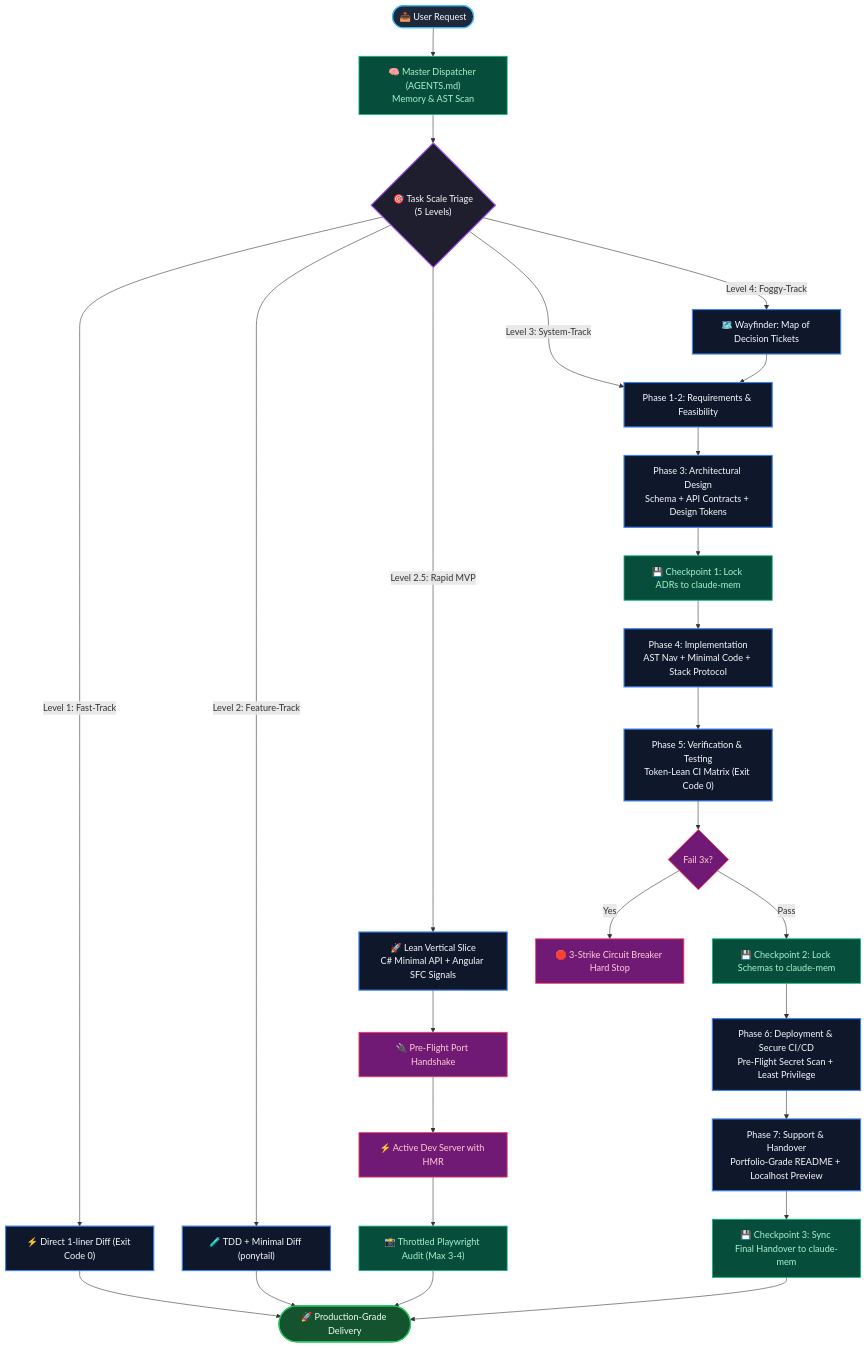
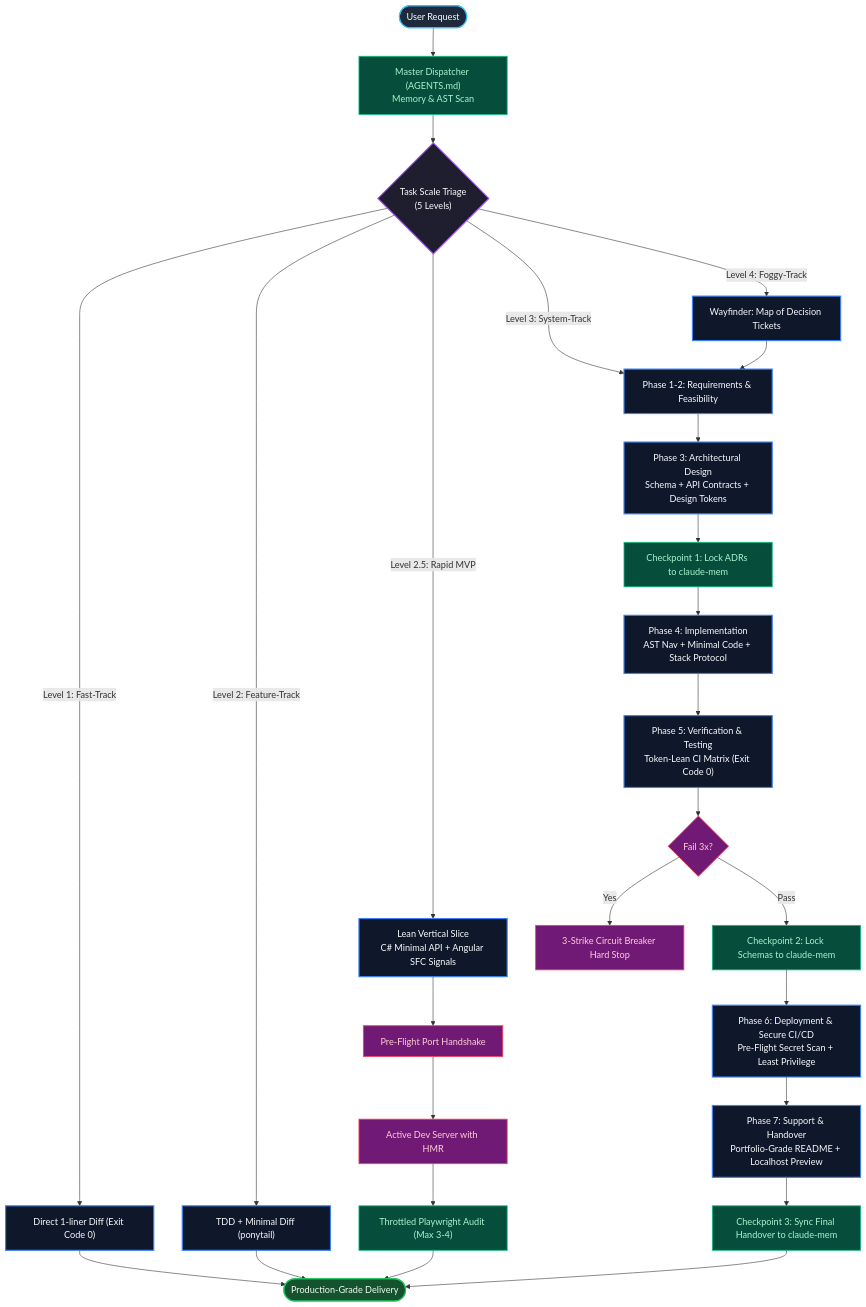
The diagram in README.md (ZillerDX/waterfall-sdlc-skill), drawn with Mermaid before and after one commit. The commit also changed 1 other file, not shown here.

Commit message:
chore(readme): enforce zero-emoji standard in architecture and flow diagrams

````diff
--- a/README.md
+++ b/README.md
@@ -95,41 +95,41 @@
 ```mermaid
 flowchart TD
     %% Styling
     classDef startNode fill:#1e293b,stroke:#38bdf8,stroke-width:2px,color:#f8fafc;
     classDef triageNode fill:#1e1e2e,stroke:#a855f7,stroke-width:2px,color:#f8fafc;
     classDef gateNode fill:#0f172a,stroke:#3b82f6,stroke-width:2px,color:#f8fafc;
     classDef skillNode fill:#064e3b,stroke:#10b981,stroke-width:1.5px,color:#a7f3d0;
     classDef guardNode fill:#701a75,stroke:#f43f5e,stroke-width:1.5px,color:#fecdd3;
     classDef endNode fill:#14532d,stroke:#22c55e,stroke-width:2px,color:#f0fdf4;
 
-    Start(["📥 User Request"]):::startNode --> Dispatcher["🧠 Master Dispatcher (AGENTS.md)<br>Memory & AST Scan"]:::skillNode
+    Start(["User Request"]):::startNode --> Dispatcher["Master Dispatcher (AGENTS.md)<br>Memory & AST Scan"]:::skillNode
     
-    Dispatcher --> Triage{"🎯 Task Scale Triage<br>(5 Levels)"}:::triageNode
+    Dispatcher --> Triage{"Task Scale Triage<br>(5 Levels)"}:::triageNode
 
-    Triage -- "Level 1: Fast-Track" --> L1["⚡ Direct 1-liner Diff (Exit Code 0)"]:::gateNode --> Complete
-    Triage -- "Level 2: Feature-Track" --> L2["🧪 TDD + Minimal Diff (ponytail)"]:::gateNode --> Complete
+    Triage -- "Level 1: Fast-Track" --> L1["Direct 1-liner Diff (Exit Code 0)"]:::gateNode --> Complete
+    Triage -- "Level 2: Feature-Track" --> L2["TDD + Minimal Diff (ponytail)"]:::gateNode --> Complete
     
-    Triage -- "Level 2.5: Rapid MVP" --> MVP["🚀 Lean Vertical Slice<br>C# Minimal API + Angular SFC Signals"]:::gateNode
-    MVP --> PrePort["🔌 Pre-Flight Port Handshake"]:::guardNode
-    PrePort --> HMR["⚡ Active Dev Server with HMR"]:::guardNode
-    HMR --> MVP_Done["📸 Throttled Playwright Audit (Max 3-4)"]:::skillNode --> Complete
+    Triage -- "Level 2.5: Rapid MVP" --> MVP["Lean Vertical Slice<br>C# Minimal API + Angular SFC Signals"]:::gateNode
+    MVP --> PrePort["Pre-Flight Port Handshake"]:::guardNode
+    PrePort --> HMR["Active Dev Server with HMR"]:::guardNode
+    HMR --> MVP_Done["Throttled Playwright Audit (Max 3-4)"]:::skillNode --> Complete
 
     Triage -- "Level 3: System-Track" --> G12["Phase 1-2: Requirements & Feasibility"]:::gateNode
     G12 --> G3["Phase 3: Architectural Design<br>Schema + API Contracts + Design Tokens"]:::gateNode
-    G3 --> CP1["💾 Checkpoint 1: Lock ADRs to claude-mem"]:::skillNode
+    G3 --> CP1["Checkpoint 1: Lock ADRs to claude-mem"]:::skillNode
     
     CP1 --> G4["Phase 4: Implementation<br>AST Nav + Minimal Code + Stack Protocol"]:::gateNode
     G4 --> G5["Phase 5: Verification & Testing<br>Token-Lean CI Matrix (Exit Code 0)"]:::gateNode
     
     G5 --> CB{"Fail 3x?"}:::guardNode
-    CB -- Yes --> Stop["🛑 3-Strike Circuit Breaker Hard Stop"]:::guardNode
-    CB -- Pass --> CP2["💾 Checkpoint 2: Lock Schemas to claude-mem"]:::skillNode
+    CB -- Yes --> Stop["3-Strike Circuit Breaker Hard Stop"]:::guardNode
+    CB -- Pass --> CP2["Checkpoint 2: Lock Schemas to claude-mem"]:::skillNode
 
     CP2 --> G6["Phase 6: Deployment & Secure CI/CD<br>Pre-Flight Secret Scan + Least Privilege"]:::gateNode
     G6 --> G7["Phase 7: Support & Handover<br>Portfolio-Grade README + Localhost Preview"]:::gateNode
-    G7 --> CP3["💾 Checkpoint 3: Sync Final Handover to claude-mem"]:::skillNode --> Complete
+    G7 --> CP3["Checkpoint 3: Sync Final Handover to claude-mem"]:::skillNode --> Complete
 
-    Triage -- "Level 4: Foggy-Track" --> L4["🗺️ Wayfinder: Map of Decision Tickets"]:::gateNode --> G12
+    Triage -- "Level 4: Foggy-Track" --> L4["Wayfinder: Map of Decision Tickets"]:::gateNode --> G12
 
-    Complete(["🚀 Production-Grade Delivery"]):::endNode
+    Complete(["Production-Grade Delivery"]):::endNode
 ```
````
